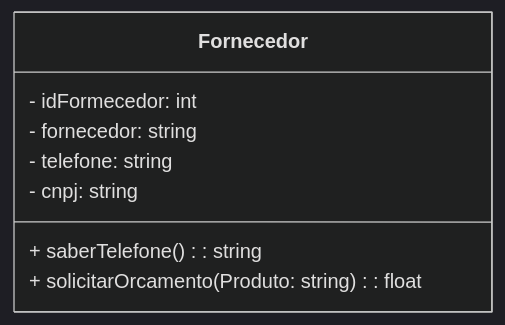
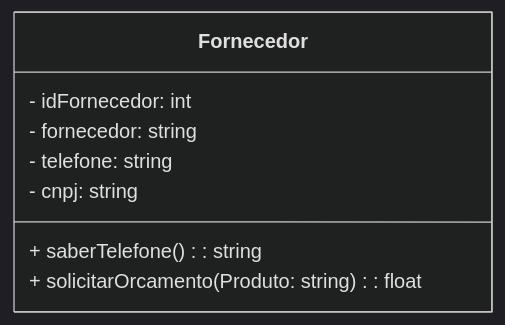
The diagram in Docs/Fornecedor.md (MTECHDevelopment/poojavaceub-grupo-3), drawn with Mermaid (dark theme) before and after one commit.

Commit message:
Fix typo in Fornecedor class attribute name

````diff
--- a/Docs/Fornecedor.md
+++ b/Docs/Fornecedor.md
@@ -2,12 +2,12 @@
 ```mermaid
 classDiagram
   class Fornecedor{
-    - idFormecedor: int
+    - idFornecedor: int
     - fornecedor: string
     - telefone: string
     - cnpj: string
     + saberTelefone() : string
     + solicitarOrcamento(Produto: string) : float
   }
 
 ```
````
